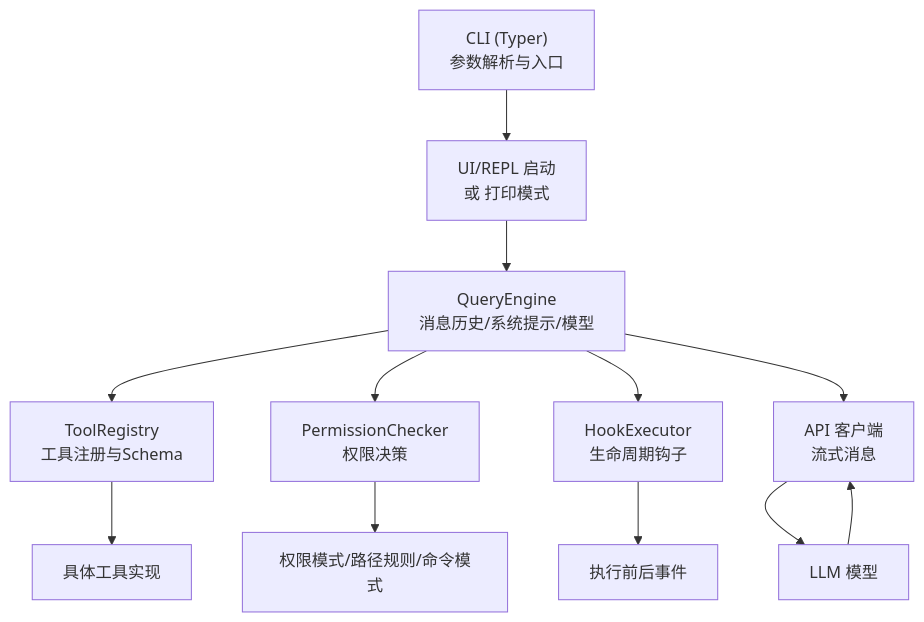
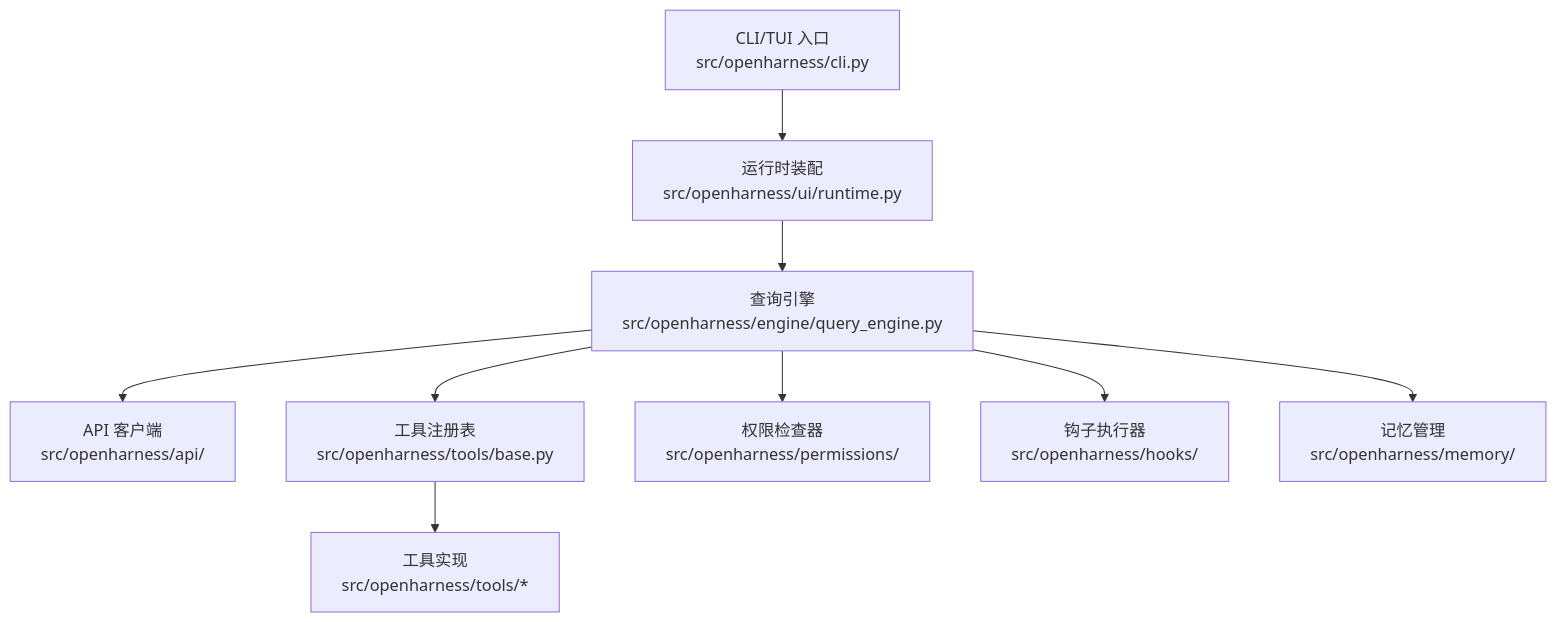
Before and after one commit to haolange/OpenHarness: the second of 7 diagrams in .qoder/repowiki/zh/content/开发者指南/开发者指南.md, drawn with Mermaid. The commit also changed other lines of this file and 222 other files, not shown here.

````diff
--- a/.qoder/repowiki/zh/content/开发者指南/开发者指南.md
+++ b/.qoder/repowiki/zh/content/开发者指南/开发者指南.md
@@ -91,14 +100,11 @@
 ```mermaid
 graph TB
-CLI["CLI (Typer)<br/>参数解析与入口"] --> APP["UI/REPL 启动<br/>或 打印模式"]
-APP --> ENG["QueryEngine<br/>消息历史/系统提示/模型"]
-ENG --> REG["ToolRegistry<br/>工具注册与Schema"]
-ENG --> PERM["PermissionChecker<br/>权限决策"]
-ENG --> HOOK["HookExecutor<br/>生命周期钩子"]
-ENG --> API["API 客户端<br/>流式消息"]
-REG --> TOOLS["具体工具实现"]
-PERM --> MODES["权限模式/路径规则/命令模式"]
-HOOK --> EXEC["执行前后事件"]
-API --> MODEL["LLM 模型"]
-MODEL --> API
+CLI["CLI/TUI 入口<br/>src/openharness/cli.py"] --> RT["运行时装配<br/>src/openharness/ui/runtime.py"]
+RT --> QE["查询引擎<br/>src/openharness/engine/query_engine.py"]
+QE --> API["API 客户端<br/>src/openharness/api/"]
+QE --> TR["工具注册表<br/>src/openharness/tools/base.py"]
+QE --> PERM["权限检查器<br/>src/openharness/permissions/"]
+QE --> HK["钩子执行器<br/>src/openharness/hooks/"]
+QE --> MEM["记忆管理<br/>src/openharness/memory/"]
+TR --> TOOLS["工具实现<br/>src/openharness/tools/*"]
 ```
````
